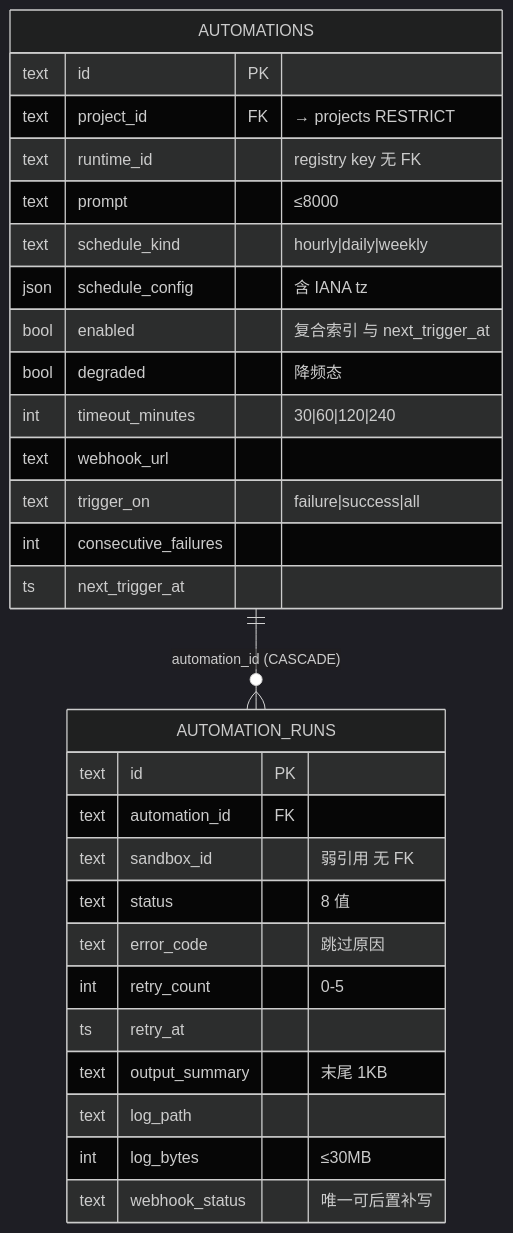
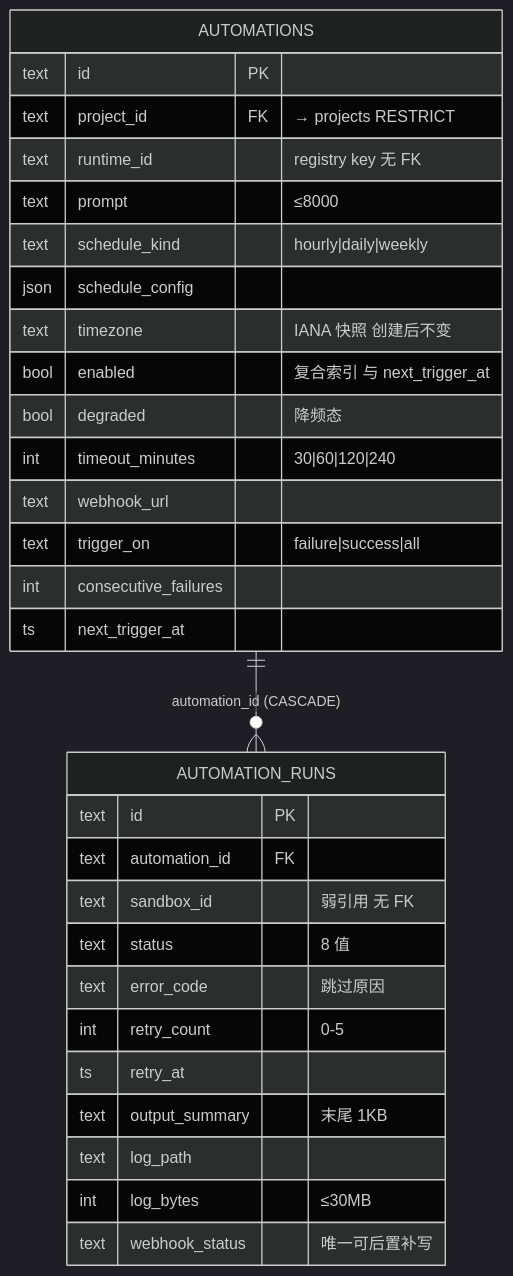
Before and after one commit to Xeonice/cloud-agent-platform-docs: the seventh of 9 diagrams in docs/backend/13-后端数据库设计.md, drawn with Mermaid (dark theme). The commit also changed other lines of this file and 31 other files, not shown here.

````diff
--- a/docs/backend/13-后端数据库设计.md
+++ b/docs/backend/13-后端数据库设计.md
@@ -687,32 +689,33 @@
 ```mermaid
 erDiagram
     AUTOMATIONS ||--o{ AUTOMATION_RUNS : "automation_id (CASCADE)"
     AUTOMATIONS {
         text id PK
         text project_id FK "→ projects RESTRICT"
         text runtime_id "registry key 无 FK"
         text prompt "≤8000"
         text schedule_kind "hourly|daily|weekly"
-        json schedule_config "含 IANA tz"
+        json schedule_config
+        text timezone "IANA 快照 创建后不变"
         bool enabled "复合索引 与 next_trigger_at"
         bool degraded "降频态"
         int timeout_minutes "30|60|120|240"
         text webhook_url
         text trigger_on "failure|success|all"
         int consecutive_failures
         ts next_trigger_at
     }
     AUTOMATION_RUNS {
         text id PK
         text automation_id FK
         text sandbox_id "弱引用 无 FK"
         text status "8 值"
         text error_code "跳过原因"
         int retry_count "0-5"
         ts retry_at
         text output_summary "末尾 1KB"
         text log_path
         int log_bytes "≤30MB"
         text webhook_status "唯一可后置补写"
     }
 ```
````
